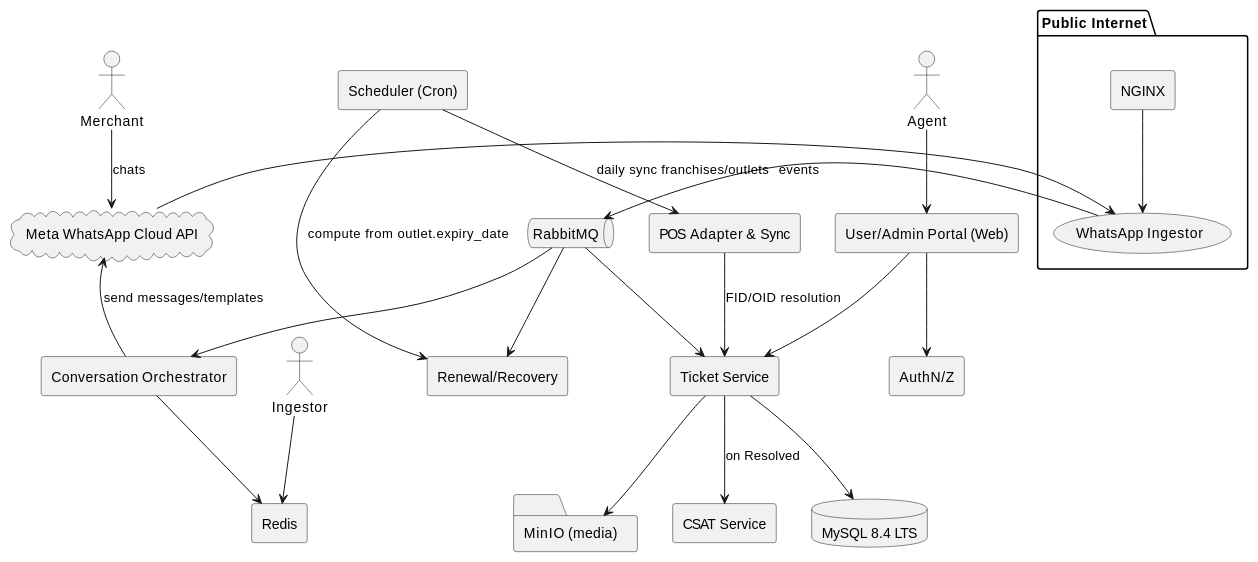
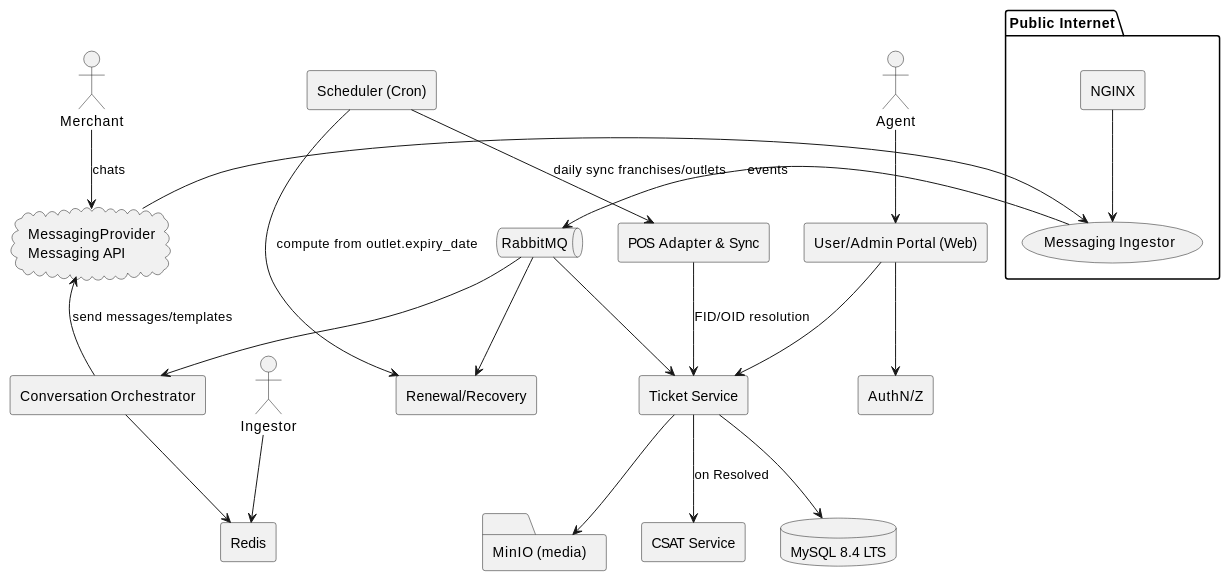
Before and after one commit to thundermac-hub/sims-io: the first of 4 diagrams in docs/TDD.md, drawn with PlantUML. The commit also changed other lines of this file and 127 other files, not shown here.

Commit message:
feat(platform): add merchant success workflows, ClickUp integration, and CSAT/supportform flows

````diff
--- a/docs/TDD.md
+++ b/docs/TDD.md
@@ -96,54 +96,54 @@
 ```plantuml
 @startuml
 skinparam componentStyle rectangle
 skinparam wrapWidth 200
 
 actor Merchant
 actor Agent
 
 package "Public Internet" {
-  [NGINX] -down-> (WhatsApp Ingestor)
+  [NGINX] -down-> (Messaging Ingestor)
 }
 
-cloud "Meta WhatsApp Cloud API" as WA
-WA -left-> (WhatsApp Ingestor)
+cloud "MessagingProvider Messaging API" as WA
+WA -left-> (Messaging Ingestor)
 
 queue "RabbitMQ" as MQ
 
-(WhatsApp Ingestor) -right-> MQ : events
+(Messaging Ingestor) -right-> MQ : events
 
 component "Conversation Orchestrator" as Orchestrator
 component "Ticket Service" as Ticket
 component "POS Adapter & Sync" as POS
 component "Renewal/Recovery" as Renewal
 component "Scheduler (Cron)" as Cron
 component "CSAT Service" as CSAT
 component "AuthN/Z" as Auth
 component "User/Admin Portal (Web)" as Web
 
 MQ -down-> Orchestrator
 MQ -down-> Ticket
 MQ -down-> Renewal
 Ticket -down-> CSAT : on Resolved
 
 Orchestrator -left-> WA : send messages/templates
 Cron -down-> POS : daily sync franchises/outlets
 POS -down-> Ticket : FID/OID resolution
 Cron -right-> Renewal : compute from outlet.expiry_date
 
 database "MySQL 8.4 LTS" as PG
 rectangle "Redis" as Redis
 folder "MinIO (media)" as S3
 
 Ticket -down-> PG
 Orchestrator -down-> Redis
 Ingestor -down-> Redis
 Ticket -down-> S3
 
 Agent --> Web
 Web --> Ticket
 Web --> Auth
 
 Merchant --> WA : chats
 @enduml
 ```
````
